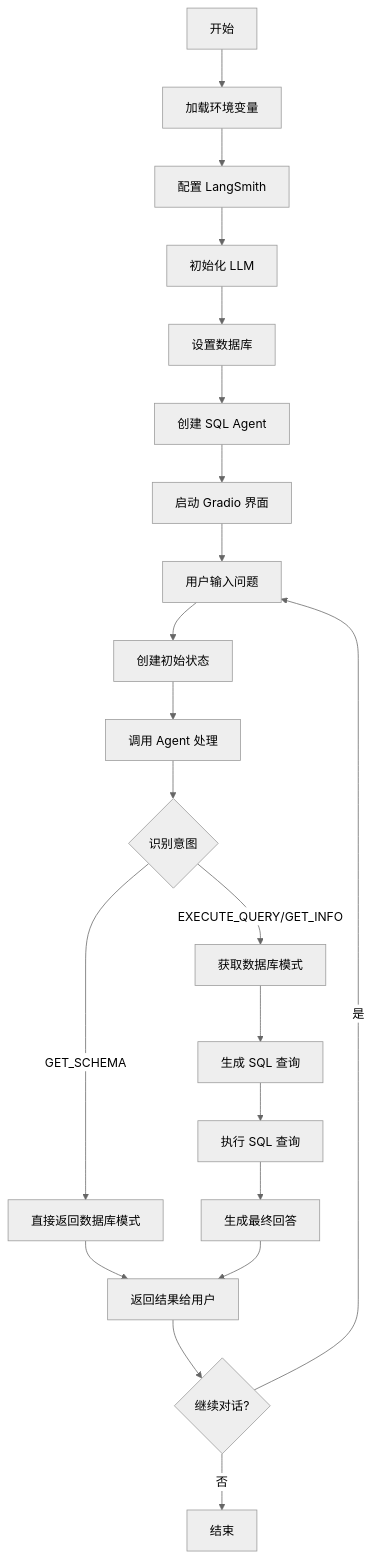
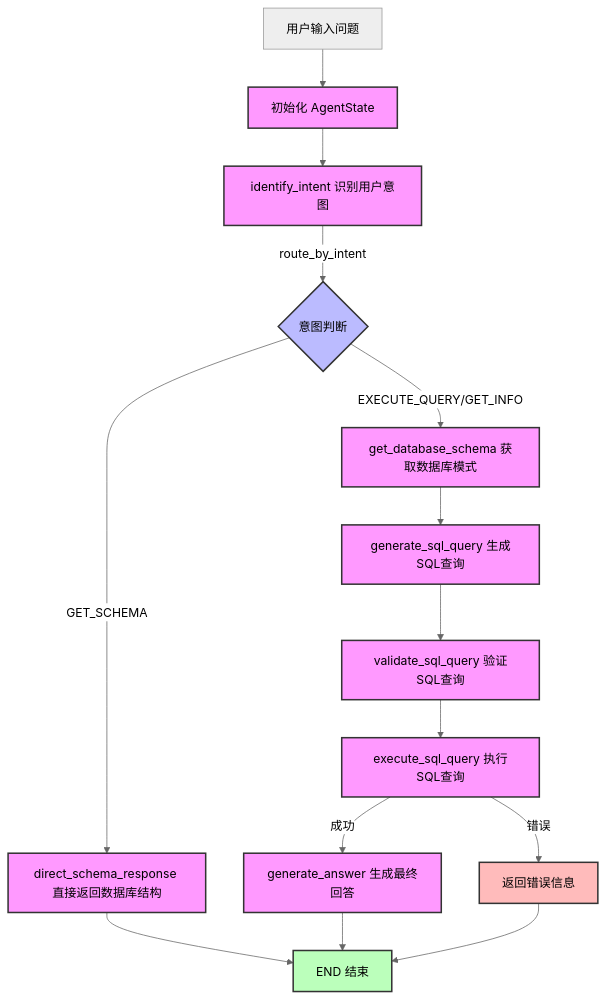
The first of 2 diagrams in intro.md (zhangzihaoDT/SQL-Agent-with-DeepSeek), drawn with Mermaid (neutral theme) before and after one commit. The commit also changed other lines of this file and 1 other file, not shown here.

Commit message:
多模型混合架构实现方案

````diff
--- a/intro.md
+++ b/intro.md
@@ -16,28 +16,31 @@
 ```mermaid
-flowchart TD
-    A[开始] --> B[加载环境变量]
-    B --> C[配置 LangSmith]
-    C --> D[初始化 LLM]
-    D --> E[设置数据库]
-    E --> F[创建 SQL Agent]
-    F --> G[启动 Gradio 界面]
+graph TD
+    A[用户输入问题] --> B[初始化 AgentState]
+    B --> C[identify_intent 识别用户意图]
     
-    G --> H[用户输入问题]
-    H --> I[创建初始状态]
-    I --> J[调用 Agent 处理]
+    C -->|route_by_intent| D{意图判断}
+    D -->|GET_SCHEMA| E[direct_schema_response 直接返回数据库结构]
+    D -->|EXECUTE_QUERY/GET_INFO| F[get_database_schema 获取数据库模式]
     
-    J --> K{识别意图}
-    K -->|GET_SCHEMA| L[直接返回数据库模式]
-    K -->|EXECUTE_QUERY/GET_INFO| M[获取数据库模式]
+    F --> G[generate_sql_query 生成SQL查询]
+    G --> H[validate_sql_query 验证SQL查询]
+    H --> I[execute_sql_query 执行SQL查询]
     
-    M --> N[生成 SQL 查询]
-    N --> O[执行 SQL 查询]
-    O --> P[生成最终回答]
+    I -->|成功| J[generate_answer 生成最终回答]
+    I -->|错误| K[返回错误信息]
     
-    L --> Q[返回结果给用户]
-    P --> Q
+    E --> L[END 结束]
+    J --> L
+    K --> L
     
-    Q --> R{继续对话?}
-    R -->|是| H
-    R -->|否| S[结束]
+    %% 状态定义
+    classDef state fill:#f9f,stroke:#333,stroke-width:2px;
+    classDef decision fill:#bbf,stroke:#333,stroke-width:2px;
+    classDef endpoint fill:#bfb,stroke:#333,stroke-width:2px;
+    classDef error fill:#fbb,stroke:#333,stroke-width:2px;
+    
+    class B,C,E,F,G,H,I,J state;
+    class D decision;
+    class L endpoint;
+    class K error;
 ```
````
